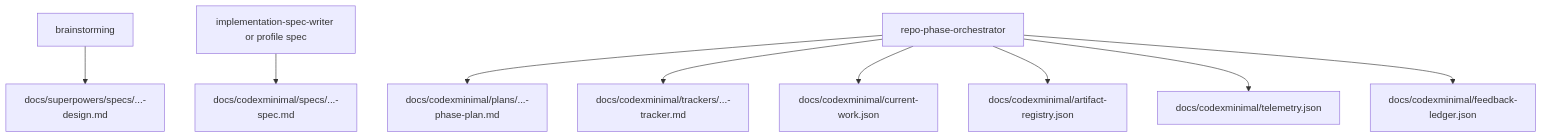
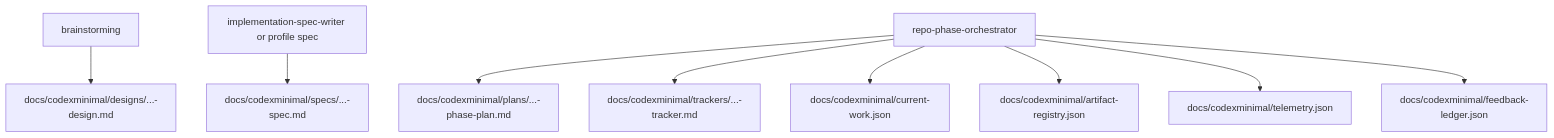
One commit to HoanDo95/CodexMinimal changed diagram 12 of 13 in README.md. Above: the diagram before and after it, drawn with Mermaid. The commit also changed 3 other files, not shown here.

````diff
--- a/README.md
+++ b/README.md
@@ -173,11 +173,11 @@
 ```mermaid
 flowchart TD
-    A[brainstorming] --> B[docs/superpowers/specs/...-design.md]
+    A[brainstorming] --> B[docs/codexminimal/designs/...-design.md]
     C[implementation-spec-writer or profile spec] --> D[docs/codexminimal/specs/...-spec.md]
     E[repo-phase-orchestrator] --> F[docs/codexminimal/plans/...-phase-plan.md]
     E --> G[docs/codexminimal/trackers/...-tracker.md]
     E --> H[docs/codexminimal/current-work.json]
     E --> I[docs/codexminimal/artifact-registry.json]
     E --> J[docs/codexminimal/telemetry.json]
     E --> K[docs/codexminimal/feedback-ledger.json]
 ```
````
